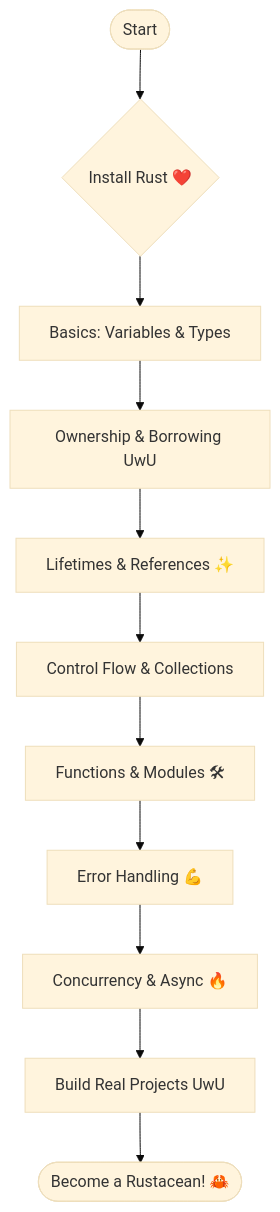
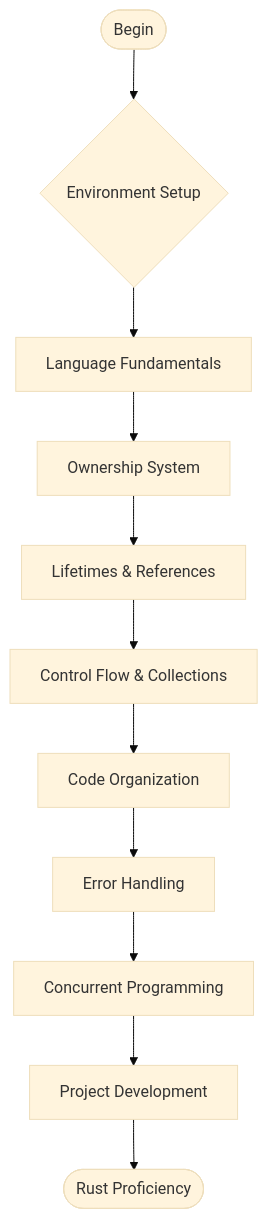
The diagram in README.md (srllamadev/RUST-LEARN-COURSE), drawn with Mermaid (base theme) before and after one commit. The commit also changed other lines of this file, not shown here.

````diff
--- a/README.md
+++ b/README.md
@@ -111,13 +104,13 @@
 ```mermaid
 flowchart TD
-    A([Start]) --> B{Install Rust ❤️}
-    B --> C[Basics: Variables & Types]
-    C --> D[Ownership & Borrowing UwU]
-    D --> E[Lifetimes & References ✨]
+    A([Begin]) --> B{Environment Setup}
+    B --> C[Language Fundamentals]
+    C --> D[Ownership System]
+    D --> E[Lifetimes & References]
     E --> F[Control Flow & Collections]
-    F --> G[Functions & Modules 🛠]
-    G --> H[Error Handling 💪]
-    H --> I[Concurrency & Async 🔥]
-    I --> J[Build Real Projects UwU]
-    J --> K([Become a Rustacean! 🦀])
+    F --> G[Code Organization]
+    G --> H[Error Handling]
+    H --> I[Concurrent Programming]
+    I --> J[Project Development]
+    J --> K([Rust Proficiency])
 ```
````
